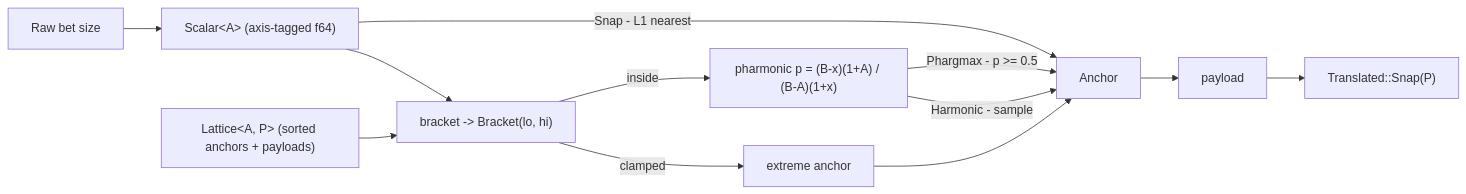
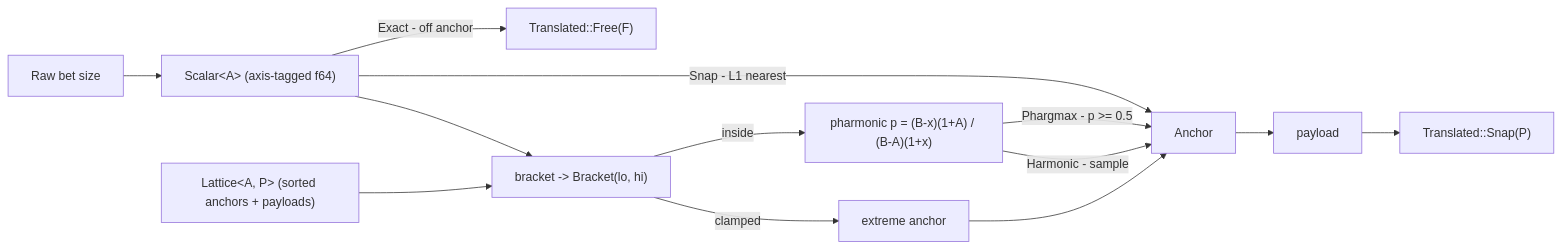
Before and after one commit to krukah/robopoker: the second of 2 diagrams in crates/pokerkit/README.md, drawn with Mermaid. The commit also changed other lines of this file and 26 other files, not shown here.

````diff
--- a/crates/pokerkit/README.md
+++ b/crates/pokerkit/README.md
@@ -43,13 +43,14 @@
 ```mermaid
 flowchart LR
   raw["Raw bet size"] --> scalar["Scalar&lt;A&gt; (axis-tagged f64)"]
   lattice["Lattice&lt;A, P&gt; (sorted anchors + payloads)"] --> bracket
   scalar --> bracket["bracket -> Bracket(lo, hi)"]
   bracket -->|clamped| clamp["extreme anchor"]
   bracket -->|inside| ph["pharmonic p = (B-x)(1+A) / (B-A)(1+x)"]
   ph -->|Harmonic - sample| anchor["Anchor"]
   ph -->|Phargmax - p &gt;= 0.5| anchor
   scalar -->|Snap - L1 nearest| anchor
+  scalar -->|Exact - off anchor| free["Translated::Free(F)"]
   clamp --> anchor
   anchor --> payload["payload"] --> out["Translated::Snap(P)"]
 ```
````
